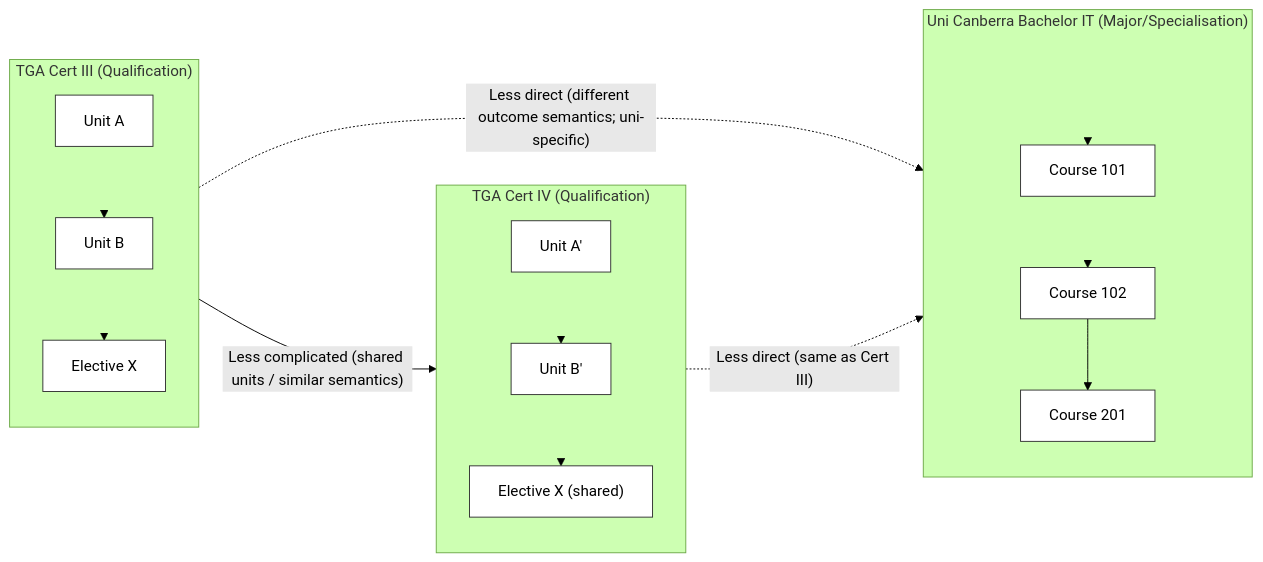
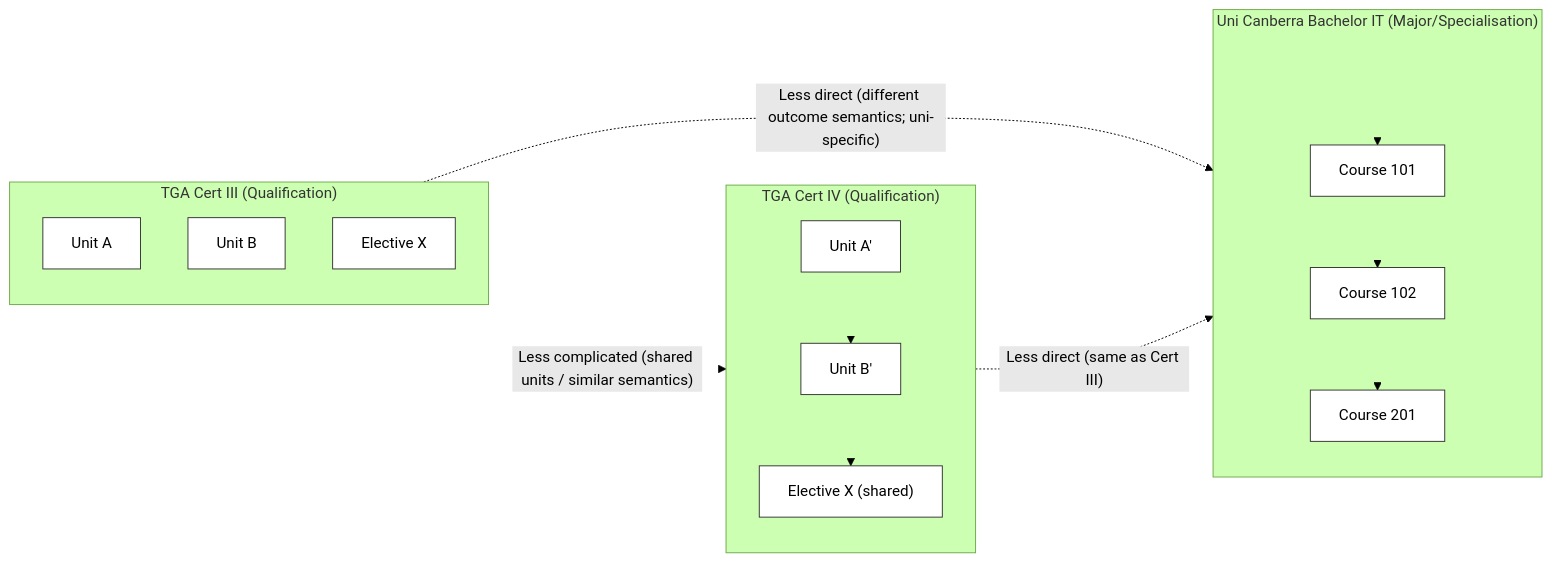
Before and after one commit to leskneebone/skills-SPARQL: the first of 3 diagrams in reports/creditTransferModels.md, drawn with Mermaid (forest theme).

````diff
--- a/reports/creditTransferModels.md
+++ b/reports/creditTransferModels.md
@@ -1,39 +1,37 @@
 ```mermaid
 flowchart LR
   %% Diagram 1 — direct mappings (VET↔VET easier than VET↔HE)
 
   subgraph CertIII["TGA Cert III (Qualification)"]
     C3a["Unit A"]:::unit
     C3b["Unit B"]:::unit
     C3d["Elective X"]:::unit
-    C3a --> C3b
-    C3b --> C3d
   end
 
   subgraph CertIV["TGA Cert IV (Qualification)"]
     C4a["Unit A'"]:::unit
     C4b["Unit B'"]:::unit
     C4x["Elective X (shared)"]:::unit
     C4a --> C4b
     C4b --> C4x
   end
 
   subgraph UCBIT["Uni Canberra Bachelor IT (Major/Specialisation)"]
     spacer[" "]:::spacer
     UC1["Course 101"]:::unit
     UC2["Course 102"]:::unit
     UC3["Course 201"]:::unit
     spacer --> UC1
     UC1 --> UC2 --> UC3
   end
 
   CertIII -- "Less complicated (shared units / similar semantics)" --> CertIV
   CertIII -. "Less direct (different outcome semantics; uni-specific)" .-> UCBIT
   CertIV  -. "Less direct (same as Cert III)" .-> UCBIT
 
   classDef unit fill:#fff,stroke:#333,stroke-width:1px;
   classDef spacer fill:none,stroke:none;
 
   %% Hide the internal “stacking” links (indices 0..5)
   linkStyle 0,1,2,3,4,5 stroke-width:0px;
 ```
````
